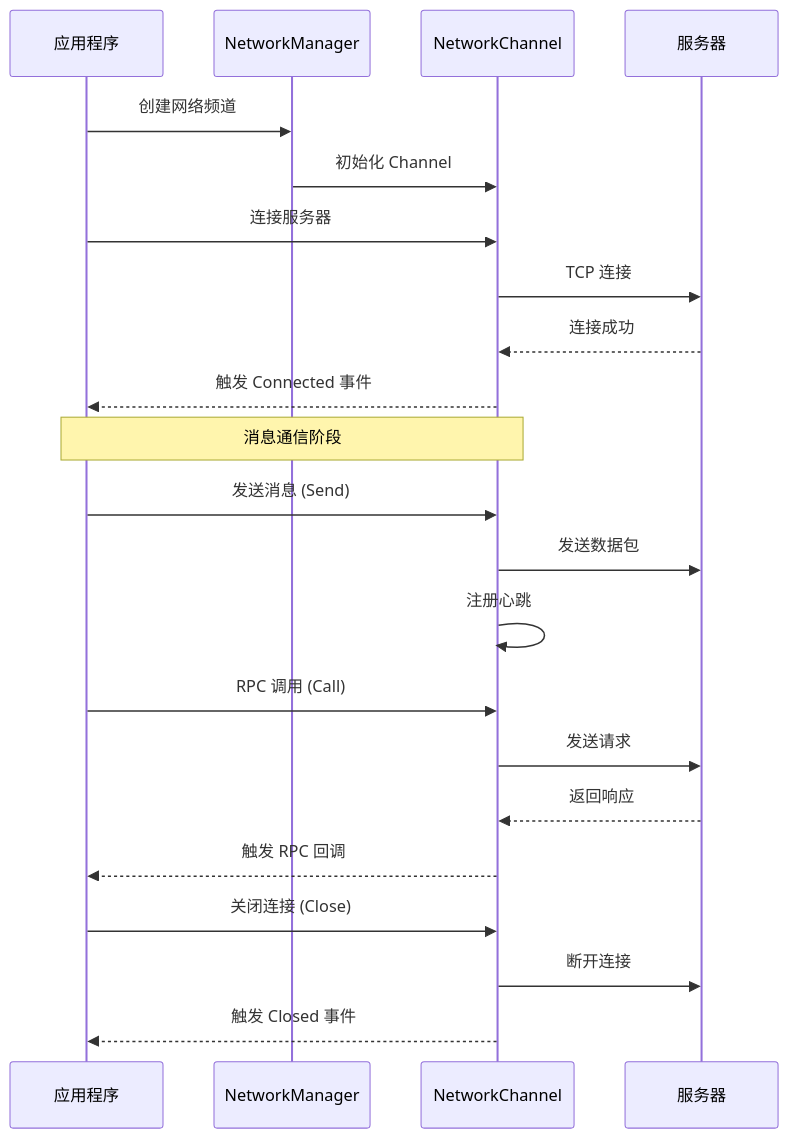
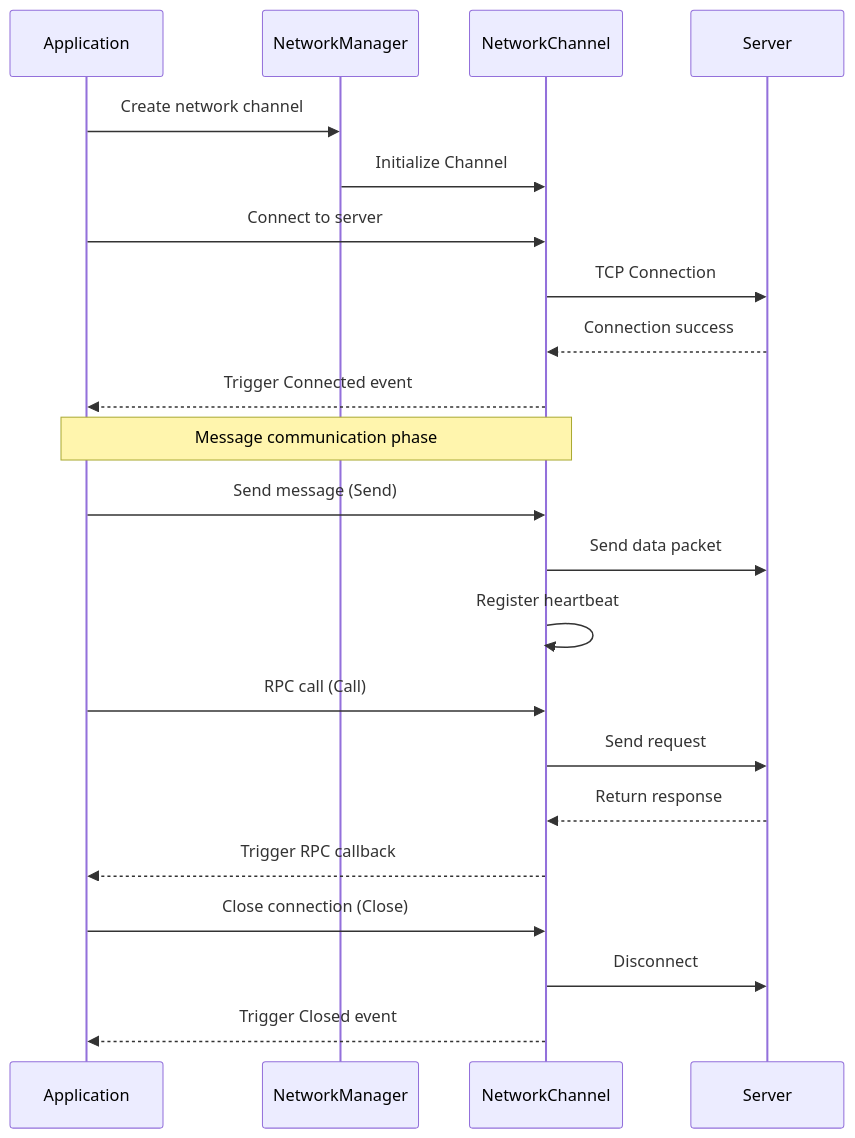
Before and after one commit to AlianBlank/GameFrameX.Docs: the second of 3 diagrams in docs/en/client/unity/component/network/03.getting-started.md, drawn with Mermaid. The commit also changed other lines of this file and 242 other files, not shown here.

````diff
--- a/docs/en/client/unity/component/network/03.getting-started.md
+++ b/docs/en/client/unity/component/network/03.getting-started.md
@@ -65,29 +65,29 @@
 ```mermaid
 sequenceDiagram
-    participant App as 应用程序
+    participant App as Application
     participant NM as NetworkManager
     participant NC as NetworkChannel
-    participant Server as 服务器
+    participant Server as Server
 
-    App->>NM: 创建网络频道
-    NM->>NC: 初始化 Channel
-    App->>NC: 连接服务器
-    NC->>Server: TCP 连接
-    Server-->>NC: 连接成功
-    NC-->>App: 触发 Connected 事件
-    
-    Note over App,NC: 消息通信阶段
-    
-    App->>NC: 发送消息 (Send)
-    NC->>Server: 发送数据包
-    NC->>NC: 注册心跳
-    
-    App->>NC: RPC 调用 (Call)
-    NC->>Server: 发送请求
-    Server-->>NC: 返回响应
-    NC-->>App: 触发 RPC 回调
-    
-    App->>NC: 关闭连接 (Close)
-    NC->>Server: 断开连接
-    NC-->>App: 触发 Closed 事件
+    App->>NM: Create network channel
+    NM->>NC: Initialize Channel
+    App->>NC: Connect to server
+    NC->>Server: TCP Connection
+    Server-->>NC: Connection success
+    NC-->>App: Trigger Connected event
+
+    Note over App,NC: Message communication phase
+
+    App->>NC: Send message (Send)
+    NC->>Server: Send data packet
+    NC->>NC: Register heartbeat
+
+    App->>NC: RPC call (Call)
+    NC->>Server: Send request
+    Server-->>NC: Return response
+    NC-->>App: Trigger RPC callback
+
+    App->>NC: Close connection (Close)
+    NC->>Server: Disconnect
+    NC-->>App: Trigger Closed event
 ```
````
